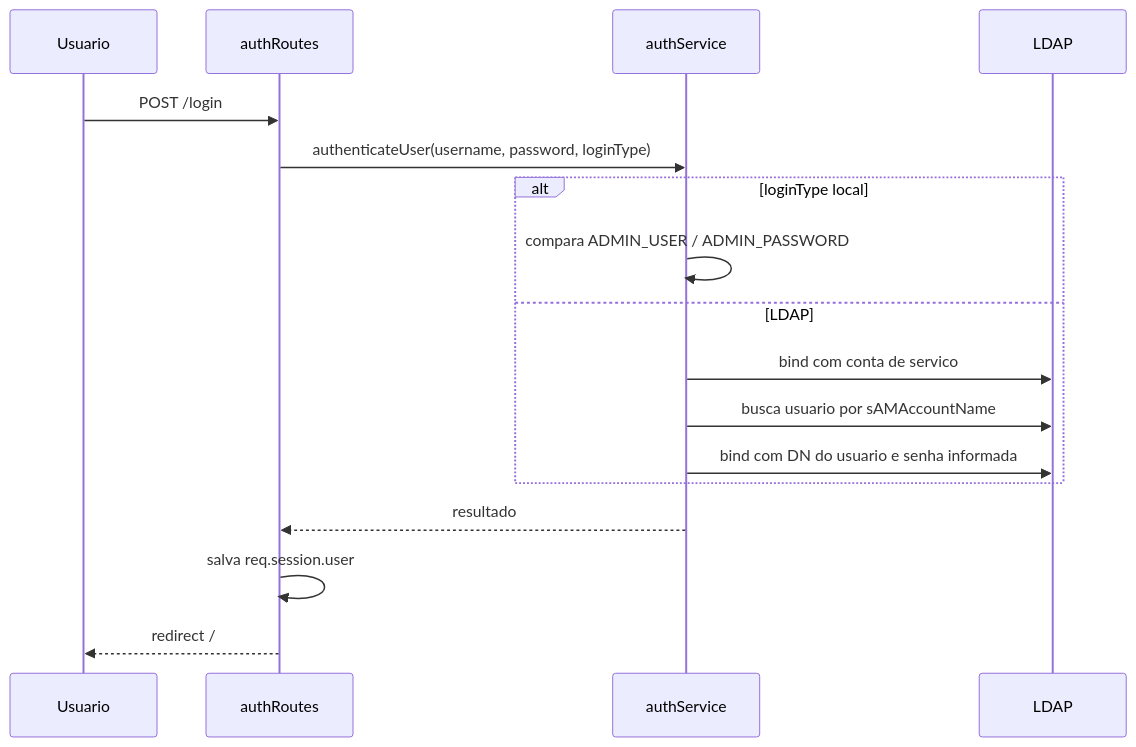
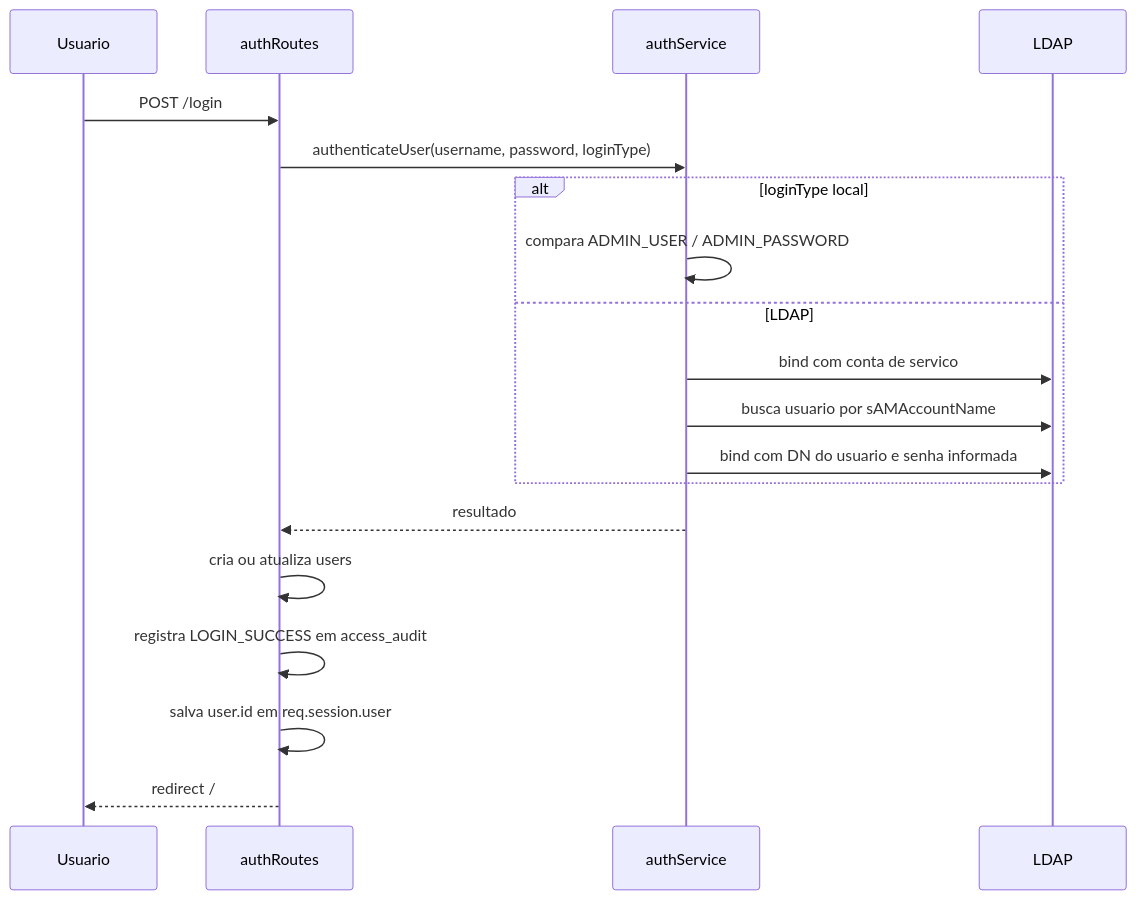
Before and after one commit to marcusrox/pspanel: the second of 2 diagrams in docs/architecture.md, drawn with Mermaid. The commit also changed other lines of this file and 20 other files, not shown here.

Commit message:
Add persistent user identities and consolidated access auditing

````diff
--- a/docs/architecture.md
+++ b/docs/architecture.md
@@ -130,19 +134,21 @@
 ```mermaid
 sequenceDiagram
     participant U as Usuario
     participant R as authRoutes
     participant A as authService
     participant L as LDAP
     U->>R: POST /login
     R->>A: authenticateUser(username, password, loginType)
     alt loginType local
         A->>A: compara ADMIN_USER / ADMIN_PASSWORD
     else LDAP
         A->>L: bind com conta de servico
         A->>L: busca usuario por sAMAccountName
         A->>L: bind com DN do usuario e senha informada
     end
     A-->>R: resultado
-    R->>R: salva req.session.user
+    R->>R: cria ou atualiza users
+    R->>R: registra LOGIN_SUCCESS em access_audit
+    R->>R: salva user.id em req.session.user
     R-->>U: redirect /
 ```
````
